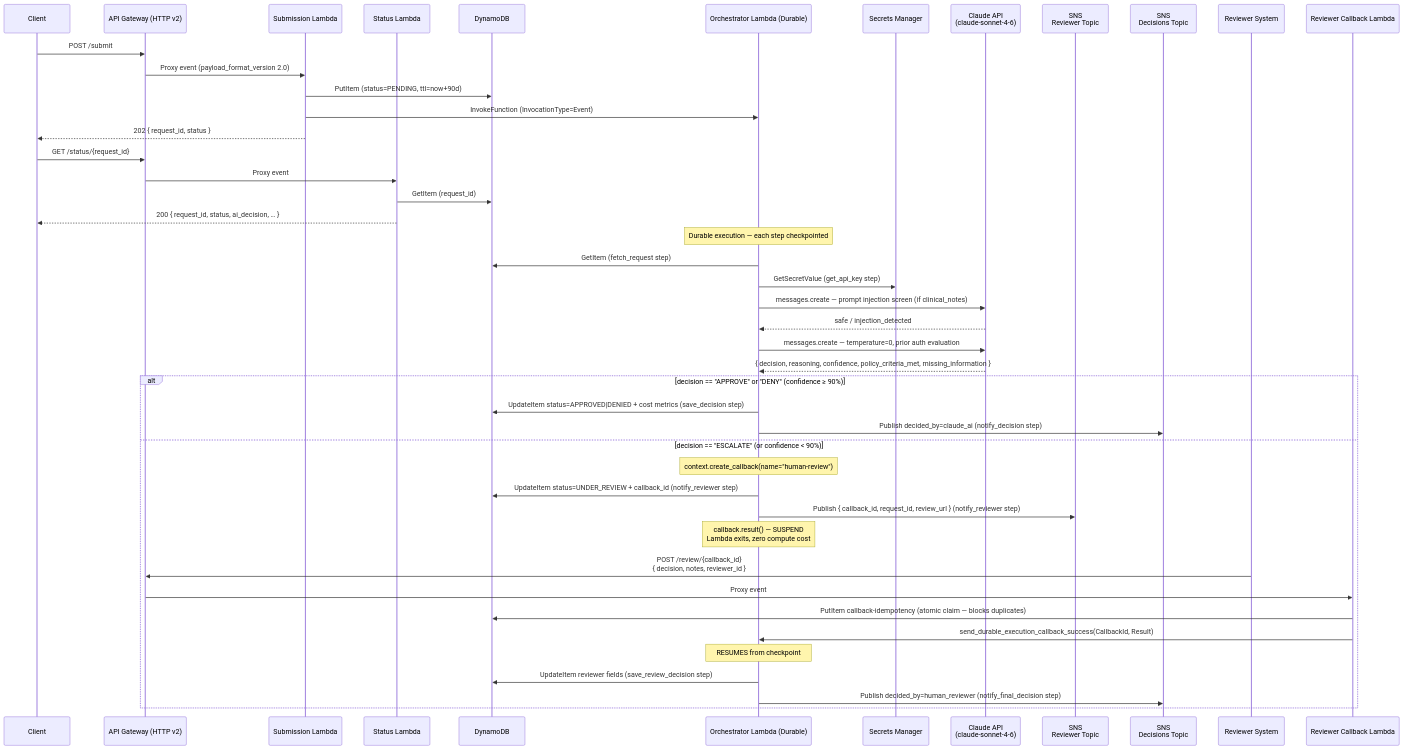
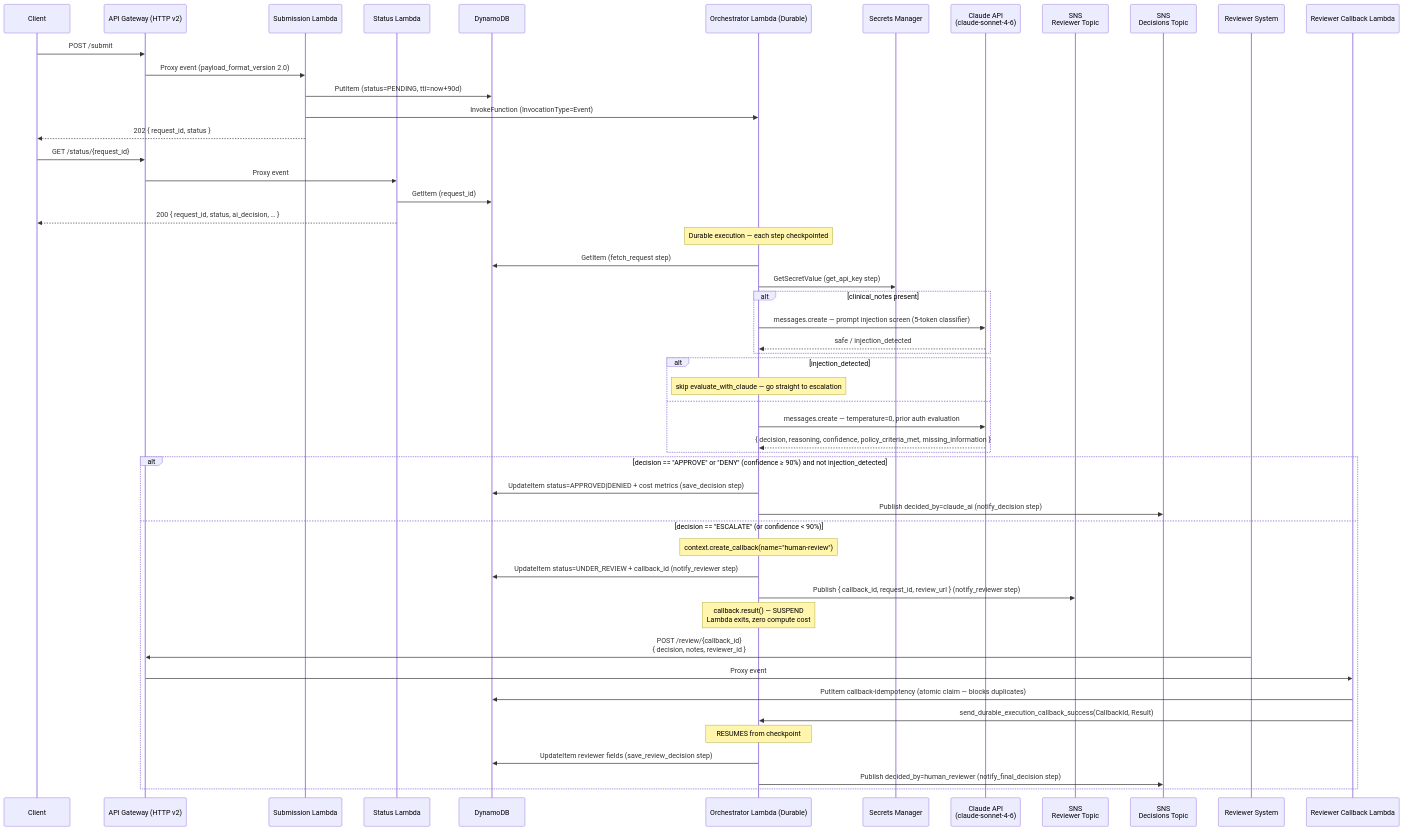
One commit to Rishabh1623/careflow-prior-auth changed the diagram in README.md. Above: the diagram before and after it, drawn with Mermaid. The commit also changed other lines of this file, not shown here.

Commit message:
fix: three README errors found in full review
- Mermaid diagram: add alt branches for injection check path — if
  injection_detected, evaluate_with_claude is skipped and flow goes
  directly to escalation; the previous diagram implied the main
  evaluation always ran after the injection check regardless of result
- Engineering decisions table: correct Lambda Durable Functions execution
  duration from "Up to 1 year" to "30 days (execution_timeout=2592000)"
  which is what terraform/lambda.tf actually configures
- Both test expected result blocks: add missing final_decision field
  (save_decision and save_review_decision both write it; status Lambda
  always returns it when present)

````diff
--- a/README.md
+++ b/README.md
@@ -111,51 +111,58 @@
 ```mermaid
 sequenceDiagram
     participant Client
     participant APIGW as API Gateway (HTTP v2)
     participant Sub as Submission Lambda
     participant Stat as Status Lambda
     participant DDB as DynamoDB
     participant Orch as Orchestrator Lambda (Durable)
     participant SM as Secrets Manager
     participant Claude as Claude API<br/>(claude-sonnet-4-6)
     participant SNS_R as SNS<br/>Reviewer Topic
     participant SNS_D as SNS<br/>Decisions Topic
     participant Rev as Reviewer System
     participant CB as Reviewer Callback Lambda
 
     Client->>APIGW: POST /submit
     APIGW->>Sub: Proxy event (payload_format_version 2.0)
     Sub->>DDB: PutItem (status=PENDING, ttl=now+90d)
     Sub->>Orch: InvokeFunction (InvocationType=Event)
     Sub-->>Client: 202 { request_id, status }
 
     Client->>APIGW: GET /status/{request_id}
     APIGW->>Stat: Proxy event
     Stat->>DDB: GetItem (request_id)
     Stat-->>Client: 200 { request_id, status, ai_decision, … }
 
     Note over Orch: Durable execution — each step checkpointed
     Orch->>DDB: GetItem (fetch_request step)
     Orch->>SM: GetSecretValue (get_api_key step)
-    Orch->>Claude: messages.create — prompt injection screen (if clinical_notes)
-    Claude-->>Orch: safe / injection_detected
-    Orch->>Claude: messages.create — temperature=0, prior auth evaluation
-    Claude-->>Orch: { decision, reasoning, confidence, policy_criteria_met, missing_information }
+    alt clinical_notes present
+        Orch->>Claude: messages.create — prompt injection screen (5-token classifier)
+        Claude-->>Orch: safe / injection_detected
+    end
 
-    alt decision == "APPROVE" or "DENY" (confidence ≥ 90%)
+    alt injection_detected
+        Note over Orch: skip evaluate_with_claude — go straight to escalation
+    else
+        Orch->>Claude: messages.create — temperature=0, prior auth evaluation
+        Claude-->>Orch: { decision, reasoning, confidence, policy_criteria_met, missing_information }
+    end
+
+    alt decision == "APPROVE" or "DENY" (confidence ≥ 90%) and not injection_detected
         Orch->>DDB: UpdateItem status=APPROVED|DENIED + cost metrics (save_decision step)
         Orch->>SNS_D: Publish decided_by=claude_ai (notify_decision step)
     else decision == "ESCALATE" (or confidence < 90%)
         Note over Orch: context.create_callback(name="human-review")
         Orch->>DDB: UpdateItem status=UNDER_REVIEW + callback_id (notify_reviewer step)
         Orch->>SNS_R: Publish { callback_id, request_id, review_url } (notify_reviewer step)
         Note over Orch: callback.result() — SUSPEND<br/>Lambda exits, zero compute cost
         Rev->>APIGW: POST /review/{callback_id}<br/>{ decision, notes, reviewer_id }
         APIGW->>CB: Proxy event
         CB->>DDB: PutItem callback-idempotency (atomic claim — blocks duplicates)
         CB->>Orch: send_durable_execution_callback_success(CallbackId, Result)
         Note over Orch: RESUMES from checkpoint
         Orch->>DDB: UpdateItem reviewer fields (save_review_decision step)
         Orch->>SNS_D: Publish decided_by=human_reviewer (notify_final_decision step)
     end
 ```
````
